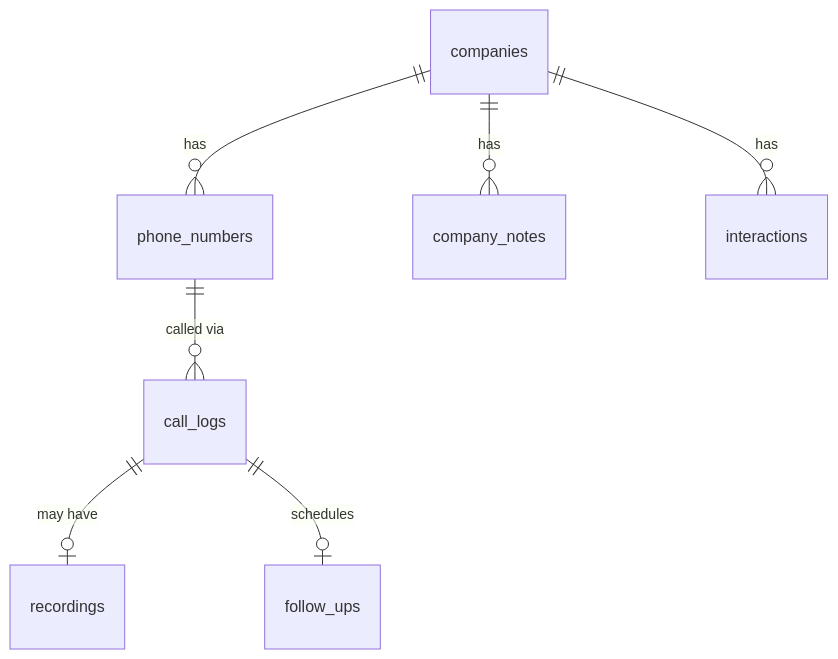
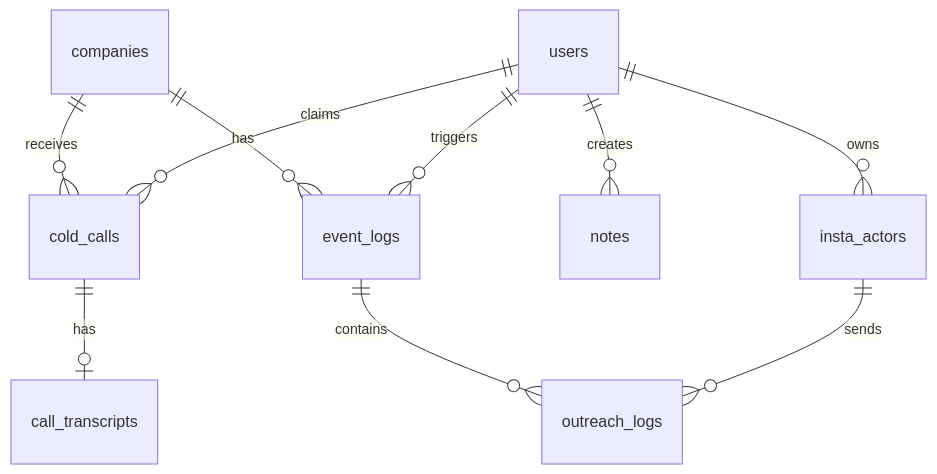
The diagram in README.md (TableTurnerr/Team-Stack), drawn with Mermaid before and after one commit. The commit also changed other lines of this file and 4 other files, not shown here.

````diff
--- a/README.md
+++ b/README.md
@@ -53,9 +91,15 @@
 ```mermaid
 erDiagram
-    companies ||--o{ phone_numbers : "has"
-    companies ||--o{ company_notes : "has"
-    companies ||--o{ interactions : "has"
-    phone_numbers ||--o{ call_logs : "called via"
-    call_logs ||--o| recordings : "may have"
-    call_logs ||--o| follow_ups : "schedules"
+    users ||--o{ insta_actors : "owns"
+    users ||--o{ cold_calls : "claims"
+    users ||--o{ notes : "creates"
+    users ||--o{ event_logs : "triggers"
+    
+    companies ||--o{ cold_calls : "receives"
+    companies ||--o{ event_logs : "has"
+    
+    cold_calls ||--o| call_transcripts : "has"
+    
+    insta_actors ||--o{ outreach_logs : "sends"
+    event_logs ||--o{ outreach_logs : "contains"
 ```
````
